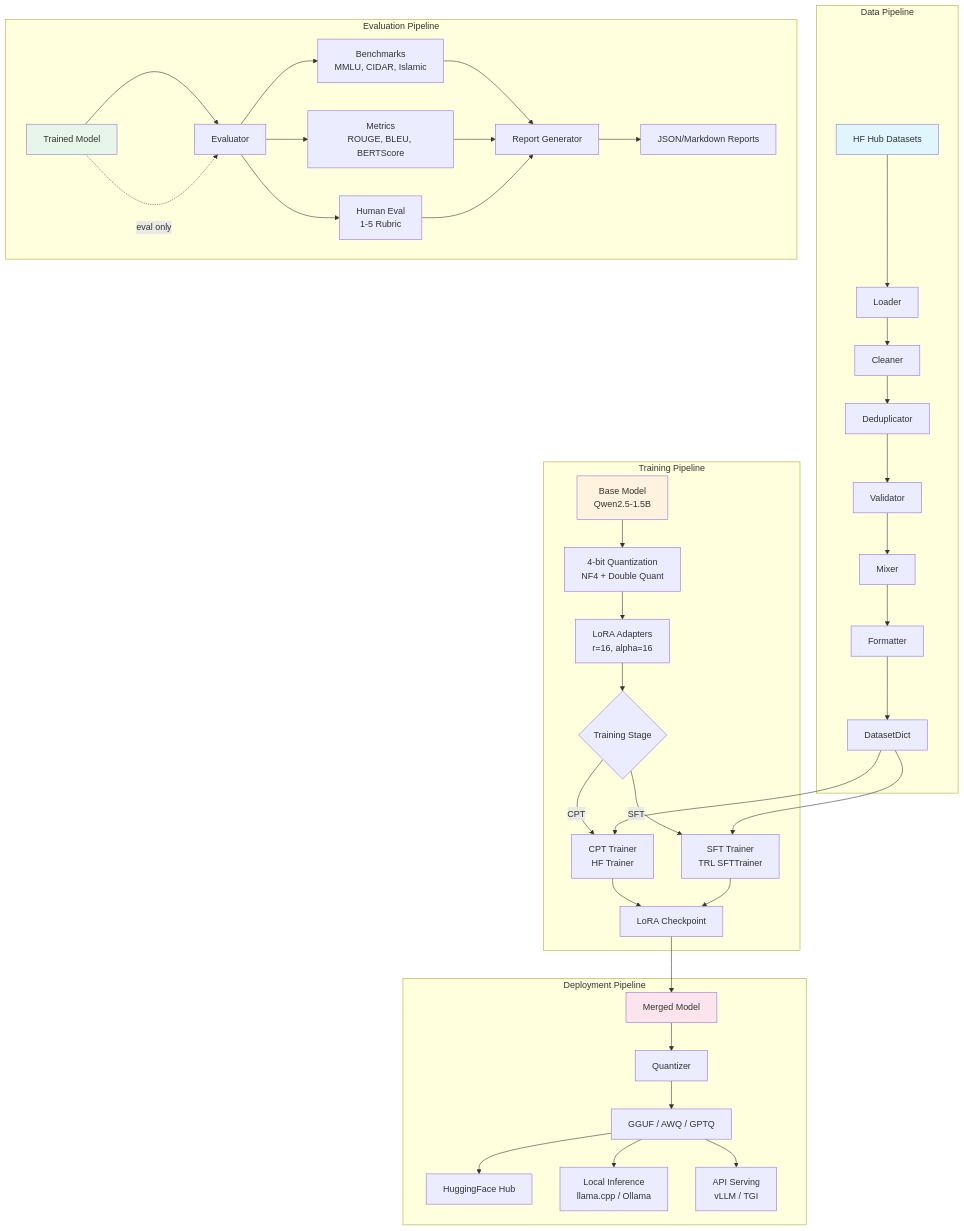
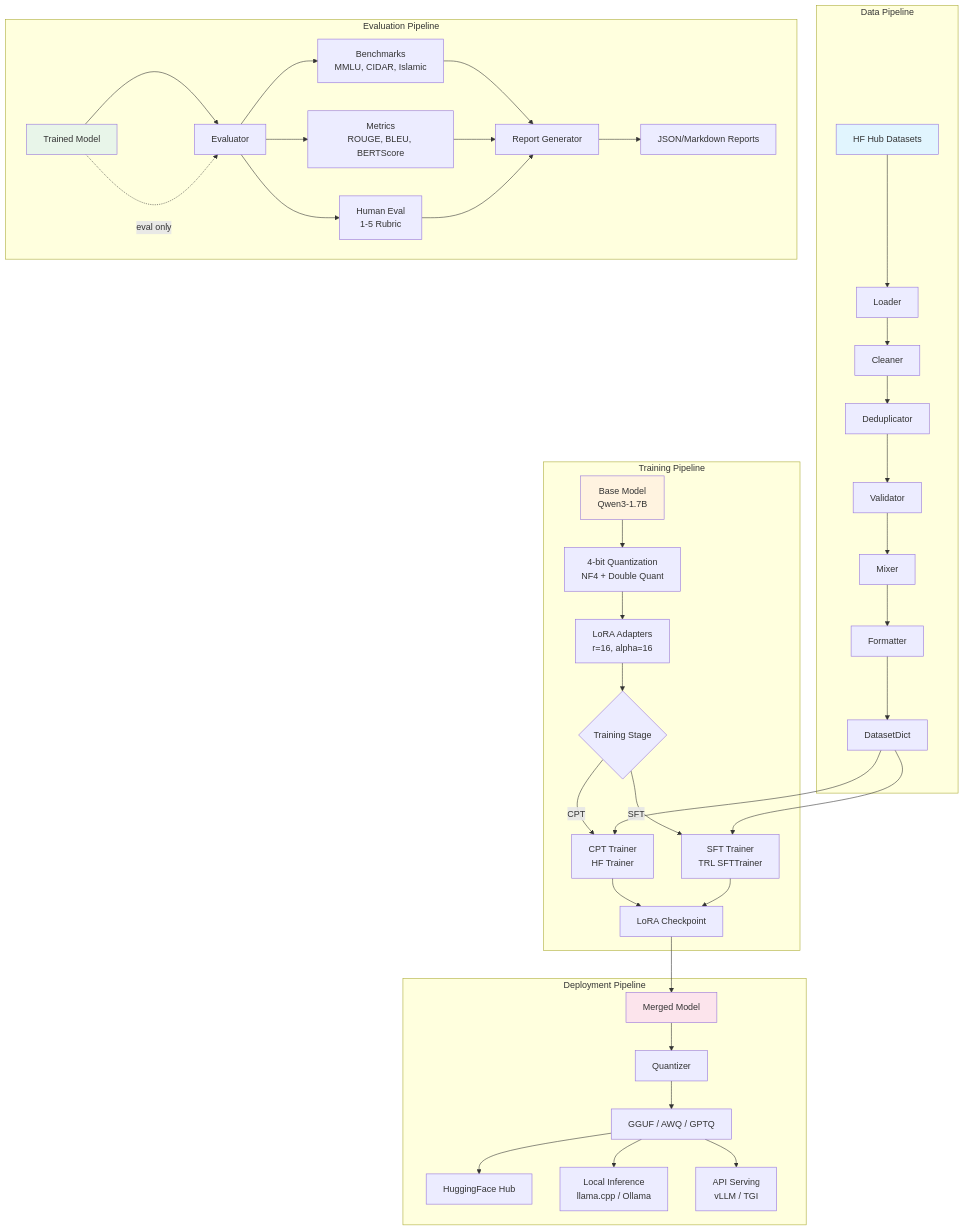
The first of 7 diagrams in docs/learning/01_architecture.md (Kandil7/Baligh), drawn with Mermaid before and after one commit. The commit also changed other lines of this file and 149 other files, not shown here.

````diff
--- a/docs/learning/01_architecture.md
+++ b/docs/learning/01_architecture.md
@@ -5,51 +5,51 @@
 ```mermaid
 flowchart TB
     subgraph "Data Pipeline"
         A1[HF Hub Datasets] --> A2[Loader]
         A2 --> A3[Cleaner]
         A3 --> A4[Deduplicator]
         A4 --> A5[Validator]
         A5 --> A6[Mixer]
         A6 --> A7[Formatter]
         A7 --> A8[DatasetDict]
     end
 
     subgraph "Training Pipeline"
-        B1[Base Model<br/>Qwen2.5-1.5B] --> B2[4-bit Quantization<br/>NF4 + Double Quant]
+        B1[Base Model<br/>Qwen3-1.7B] --> B2[4-bit Quantization<br/>NF4 + Double Quant]
         B2 --> B3[LoRA Adapters<br/>r=16, alpha=16]
         B3 --> B4{Training Stage}
         B4 -->|CPT| B5[CPT Trainer<br/>HF Trainer]
         B4 -->|SFT| B6[SFT Trainer<br/>TRL SFTTrainer]
         B5 --> B7[LoRA Checkpoint]
         B6 --> B7
     end
 
     subgraph "Evaluation Pipeline"
         C1[Trained Model] --> C2[Evaluator]
         C2 --> C3[Benchmarks<br/>MMLU, CIDAR, Islamic]
         C2 --> C4[Metrics<br/>ROUGE, BLEU, BERTScore]
         C2 --> C5[Human Eval<br/>1-5 Rubric]
         C3 --> C6[Report Generator]
         C4 --> C6
         C5 --> C6
         C6 --> C7[JSON/Markdown Reports]
     end
 
     subgraph "Deployment Pipeline"
         D1[Merged Model] --> D2[Quantizer]
         D2 --> D3[GGUF / AWQ / GPTQ]
         D3 --> D4[HuggingFace Hub]
         D3 --> D5[Local Inference<br/>llama.cpp / Ollama]
         D3 --> D6[API Serving<br/>vLLM / TGI]
     end
 
     A8 --> B5
     A8 --> B6
     B7 --> D1
     C1 -.->|eval only| C2
 
     style A1 fill:#e1f5fe
     style B1 fill:#fff3e0
     style C1 fill:#e8f5e9
     style D1 fill:#fce4ec
 ```
````
